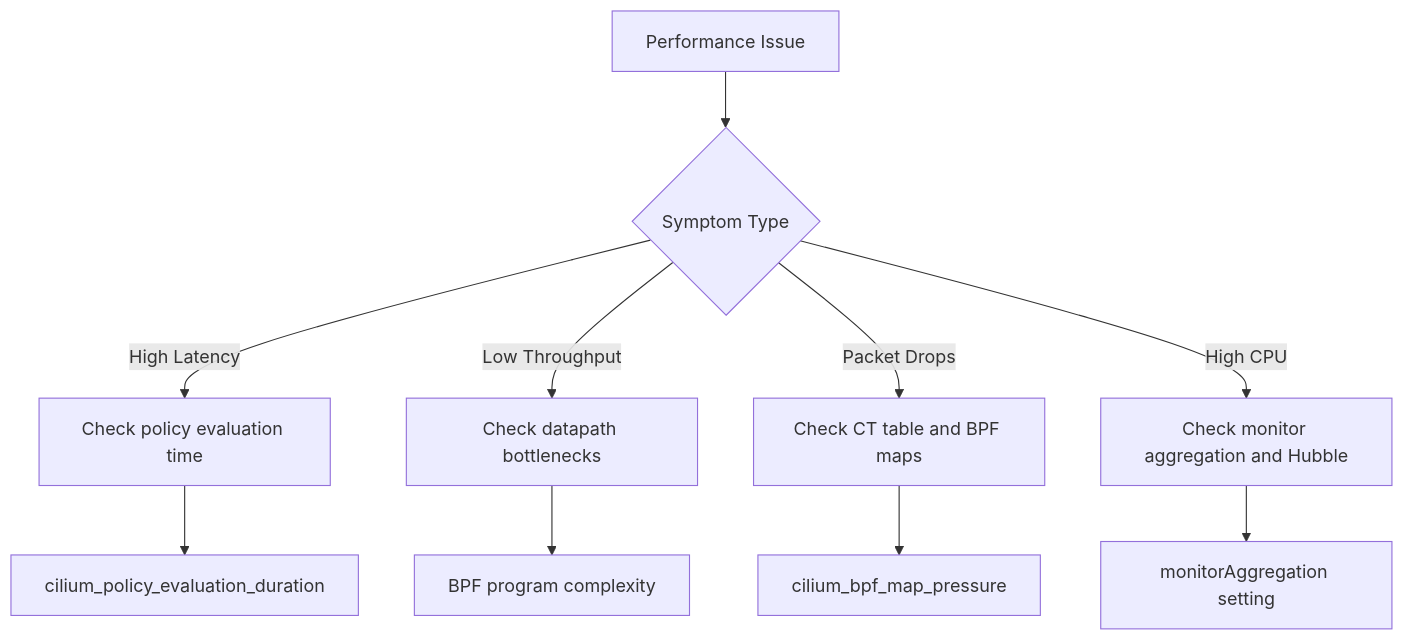
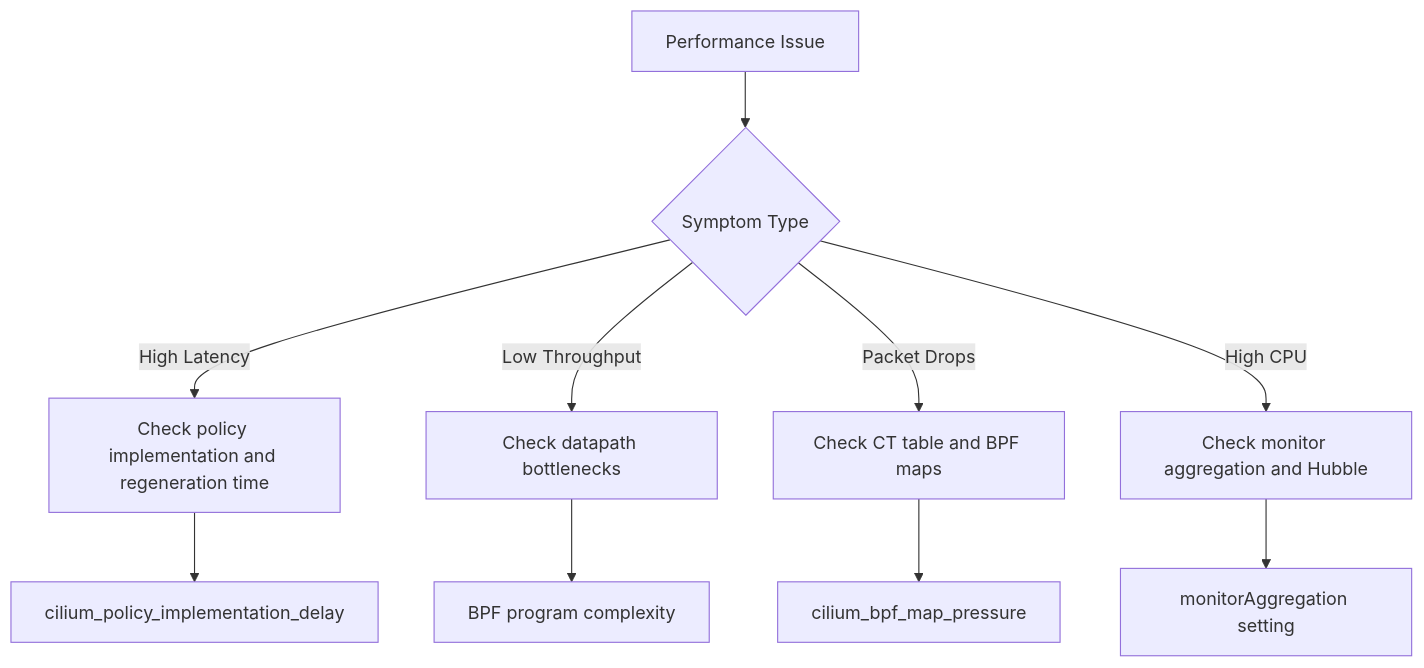
Before and after one commit to OneUptime/blog: the diagram in posts/2026-03-14-diagnose-cilium-performance/README.md, drawn with Mermaid. The commit also changed other lines of this file and 2 other files, not shown here.

Commit message:
validate: 2026-03-14-diagnose-cilium-performance

````diff
--- a/posts/2026-03-14-diagnose-cilium-performance/README.md
+++ b/posts/2026-03-14-diagnose-cilium-performance/README.md
@@ -55,12 +56,12 @@
 ```mermaid
 graph TD
     A[Performance Issue] --> B{Symptom Type}
-    B -->|High Latency| C[Check policy evaluation time]
+    B -->|High Latency| C[Check policy implementation and regeneration time]
     B -->|Low Throughput| D[Check datapath bottlenecks]
     B -->|Packet Drops| E[Check CT table and BPF maps]
     B -->|High CPU| F[Check monitor aggregation and Hubble]
-    C --> G[cilium_policy_evaluation_duration]
+    C --> G[cilium_policy_implementation_delay]
     D --> H[BPF program complexity]
     E --> I[cilium_bpf_map_pressure]
     F --> J[monitorAggregation setting]
 ```
````
